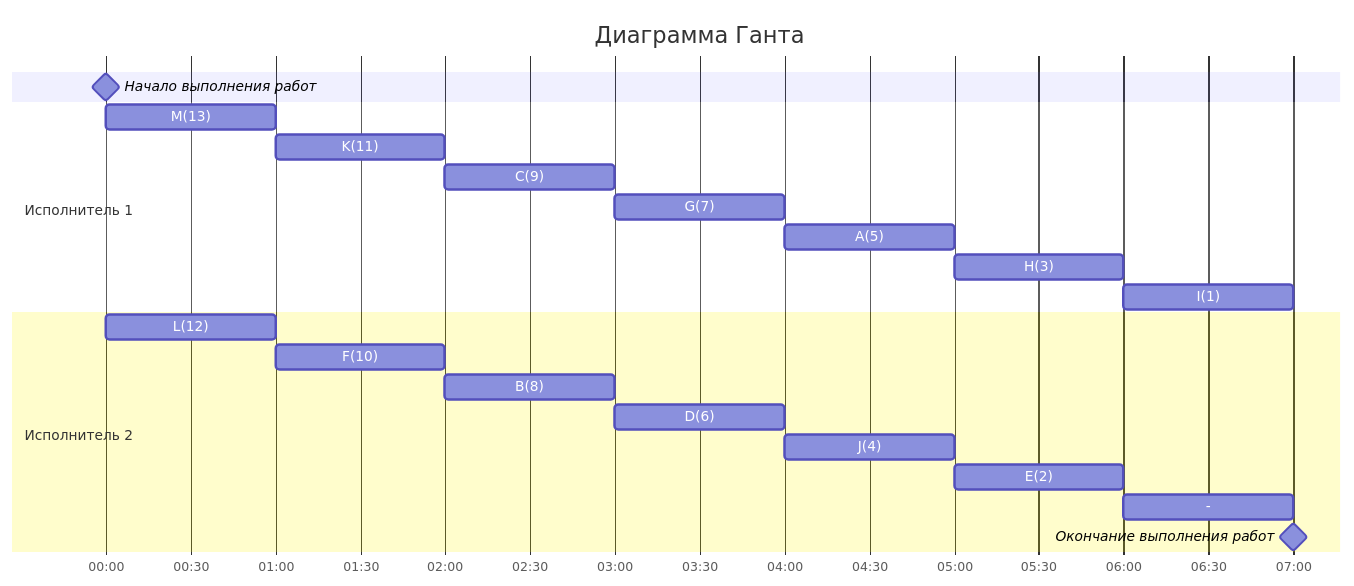
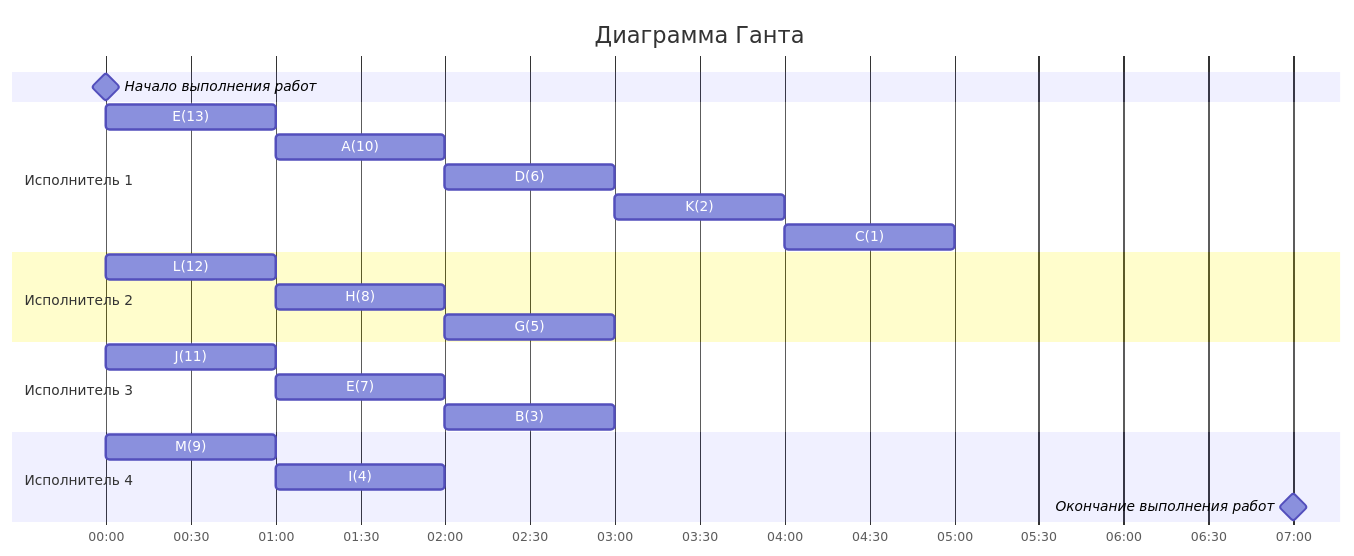
The third of 3 diagrams in task_9/mongolian_tomatoes_task_9.md (HSE-algo-23-crow/manual_tasks), drawn with Mermaid before and after one commit. The commit also changed other lines of this file, not shown here.

Commit message:
Update mongolian_tomatoes_task_9.md
Закончиол

````diff
--- a/task_9/mongolian_tomatoes_task_9.md
+++ b/task_9/mongolian_tomatoes_task_9.md
@@ -58,25 +58,26 @@
 ```mermaid
 gantt
     
     title Диаграмма Ганта
     dateFormat HH:mm    
     axisFormat %H:%M
     Начало выполнения работ : milestone, m1, 00:00, 0h
     section Исполнитель 1
-    M(13)         :c, 00:00, 1h
-    K(11)         :i, after c, 1h    
-    C(9)         :e, after i, 1h    
-    G(7)         :h, after e, 1h
-    A(5)         :a, after h, 1h
-    H(3)         :b, after a, 1h
-    I(1)         :k, after b, 1h
+    E(13)         :c, 00:00, 1h
+    A(10)         :i, after c, 1h    
+    D(6)         :e, after i, 1h    
+    K(2)         :h, after e, 1h
+    C(1)         :a, after h, 1h
     section Исполнитель 2
     L(12)         :d, 00:00, 1h
-    F(10)         :f, after d, 1h
-    B(8)         :l, after f, 1h
-    D(6)         :g, after l, 1h
-    J(4)         :j, after g, 1h
-    E(2)         :x, after j, 1h
-    -            :y, after x, 1h
+    H(8)         :f, after d, 1h
+    G(5)         :l, after f, 1h
+    section Исполнитель 3
+    J(11)          :c, 00:00, 1h
+    E(7)         :i, after c, 1h    
+    B(3)         :e, after i, 1h    
+    section Исполнитель 4
+    M(9)          :d, 00:00, 1h
+    I(4)         :f, after d, 1h
     Окончание выполнения работ : milestone, m2, 07:00, 0h
 ```
````
